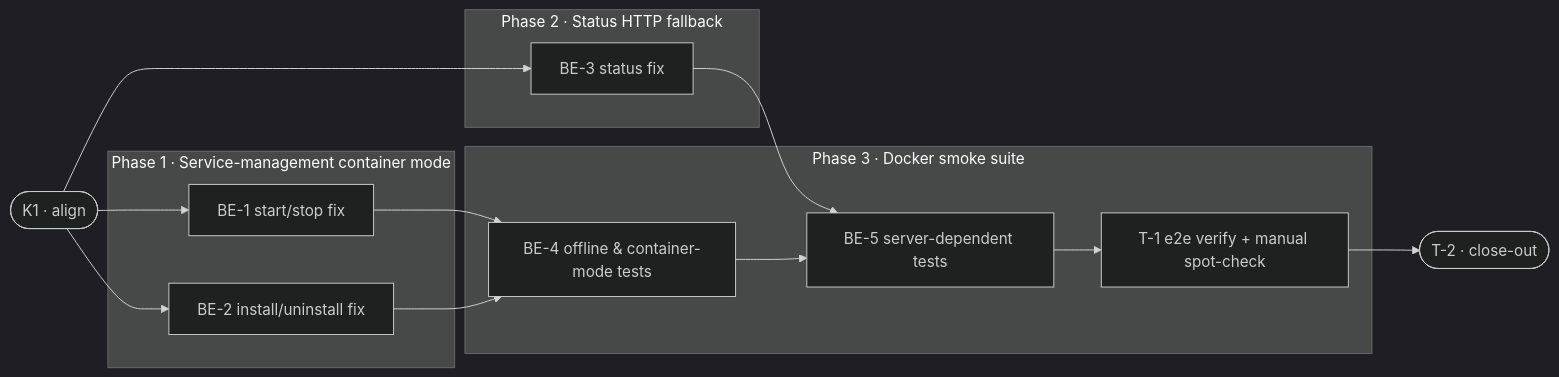
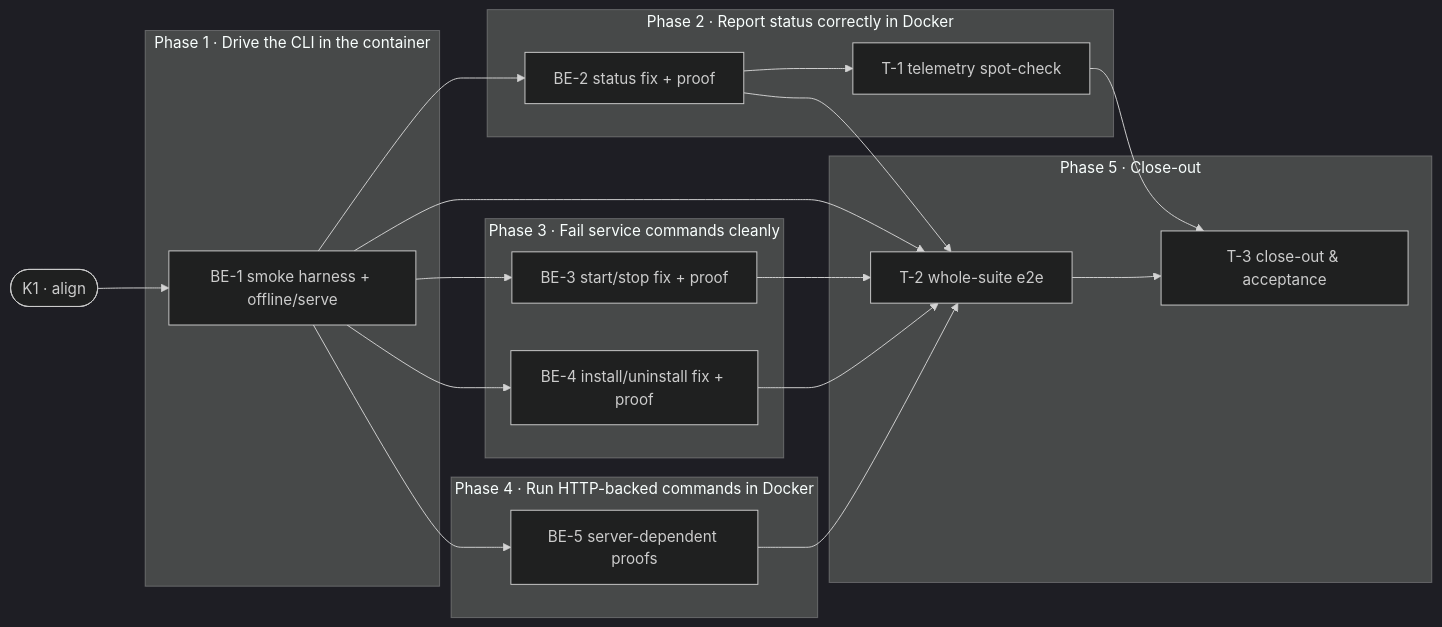
Before and after one commit to user538295/archon-search: the diagram in Documentation/Backlog/docker-cli-smoke-tests-tasks.md, drawn with Mermaid (dark theme). The commit also changed other lines of this file and 1 other file, not shown here.

First line of the commit message:
chore(dcs): K1 kickoff — verify C1/C2 contracts; no linux.py change needed

````diff
--- a/Documentation/Backlog/docker-cli-smoke-tests-tasks.md
+++ b/Documentation/Backlog/docker-cli-smoke-tests-tasks.md
@@ -32,23 +34,28 @@
 ```mermaid
 flowchart LR
   K1([K1 · align])
-  subgraph P1["Phase 1 · Service-management container mode"]
-    BE1["BE-1 start/stop fix"]
-    BE2["BE-2 install/uninstall fix"]
+  subgraph P1["Phase 1 · Drive the CLI in the container"]
+    BE1["BE-1 smoke harness + offline/serve"]
   end
-  subgraph P2["Phase 2 · Status HTTP fallback"]
-    BE3["BE-3 status fix"]
+  subgraph P2["Phase 2 · Report status correctly in Docker"]
+    BE2["BE-2 status fix + proof"]
+    T1["T-1 telemetry spot-check"]
   end
-  subgraph P3["Phase 3 · Docker smoke suite"]
-    BE4["BE-4 offline & container-mode tests"]
-    BE5["BE-5 server-dependent tests"]
-    T1["T-1 e2e verify + manual spot-check"]
+  subgraph P3["Phase 3 · Fail service commands cleanly"]
+    BE3["BE-3 start/stop fix + proof"]
+    BE4["BE-4 install/uninstall fix + proof"]
   end
-  T2([T-2 · close-out])
+  subgraph P4["Phase 4 · Run HTTP-backed commands in Docker"]
+    BE5["BE-5 server-dependent proofs"]
+  end
+  subgraph P5["Phase 5 · Close-out"]
+    T2["T-2 whole-suite e2e"]
+    T3["T-3 close-out & acceptance"]
+  end
 
-  K1 --> BE1 & BE2 & BE3
-  BE1 & BE2 --> BE4
-  BE3 & BE4 --> BE5
-  BE5 --> T1
-  T1 --> T2
+  K1 --> BE1
+  BE1 --> BE2 & BE3 & BE4 & BE5
+  BE2 --> T1
+  BE1 & BE2 & BE3 & BE4 & BE5 --> T2
+  T1 & T2 --> T3
 ```
````
